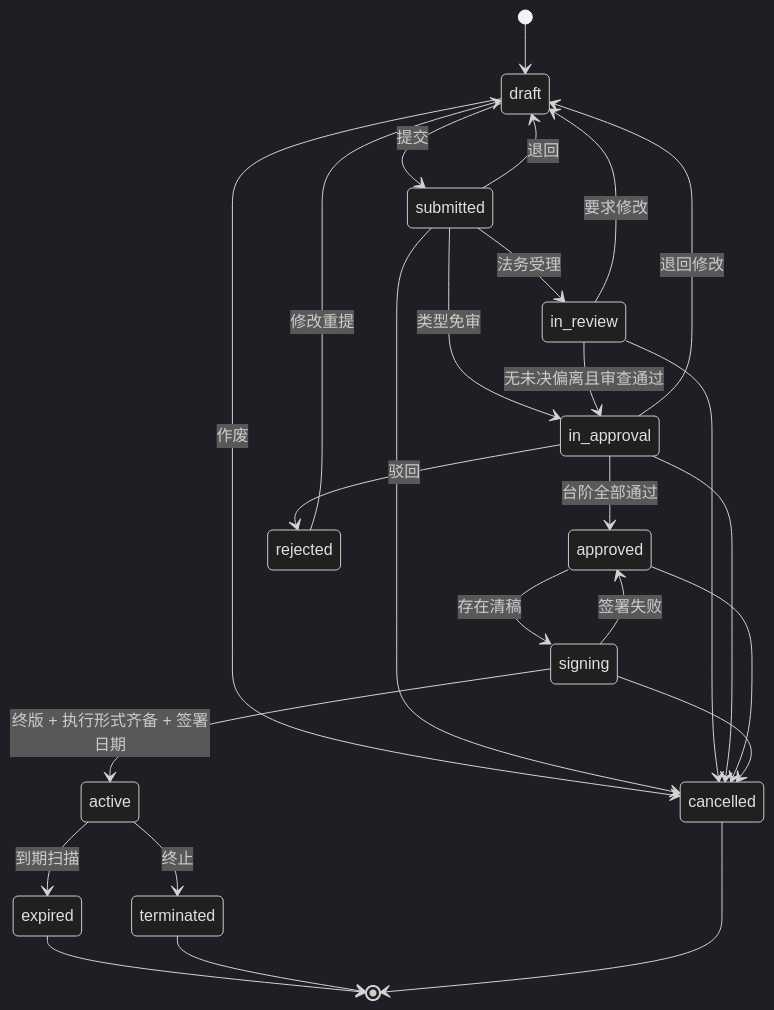
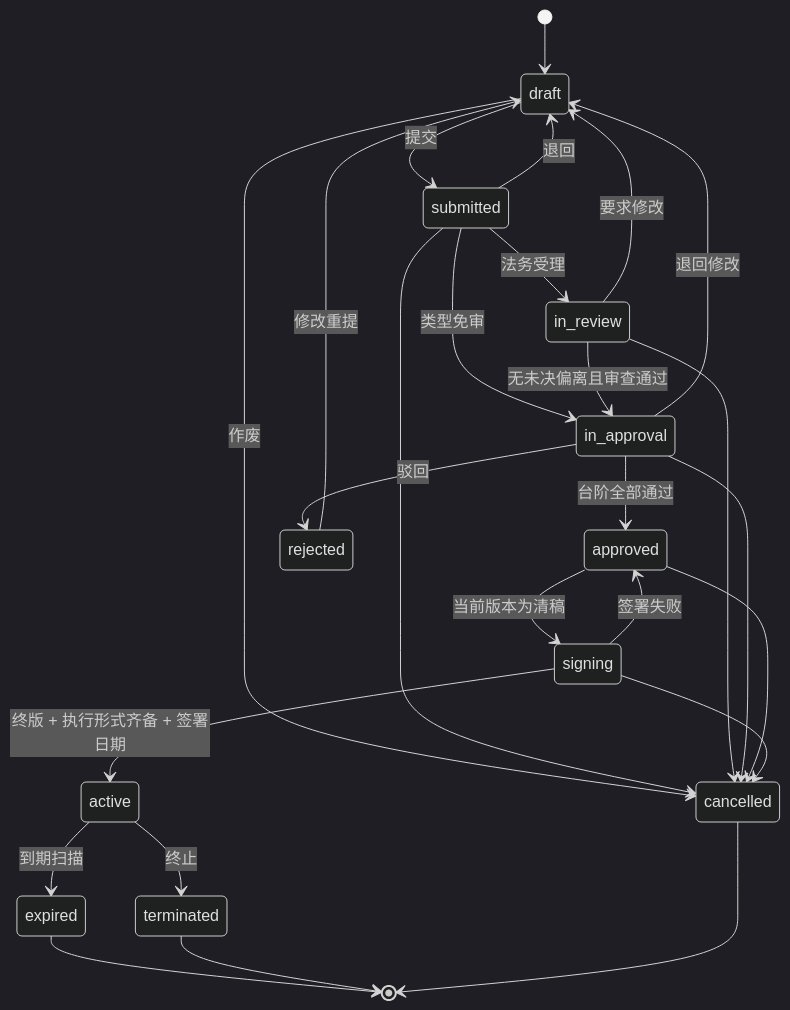
One commit to objectstack-ai/hotclm changed the third of 3 diagrams in docs/design/00-设计方案.md. Above: the diagram before and after it, drawn with Mermaid (dark theme). The commit also changed other lines of this file and 2 other files, not shown here.

````diff
--- a/docs/design/00-设计方案.md
+++ b/docs/design/00-设计方案.md
@@ -346,28 +346,28 @@
 ```mermaid
 stateDiagram-v2
   [*] --> draft
   draft --> submitted : 提交
   submitted --> in_review : 法务受理
   submitted --> in_approval : 类型免审
   submitted --> draft : 退回
   in_review --> in_approval : 无未决偏离且审查通过
   in_review --> draft : 要求修改
   in_approval --> approved : 台阶全部通过
   in_approval --> rejected : 驳回
   in_approval --> draft : 退回修改
-  approved --> signing : 存在清稿
+  approved --> signing : 当前版本为清稿
   signing --> active : 终版 + 执行形式齐备 + 签署日期
   signing --> approved : 签署失败
   active --> expired : 到期扫描
   active --> terminated : 终止
   rejected --> draft : 修改重提
   draft --> cancelled : 作废
   submitted --> cancelled
   in_review --> cancelled
   in_approval --> cancelled
   approved --> cancelled
   signing --> cancelled
   expired --> [*]
   terminated --> [*]
   cancelled --> [*]
 ```
````
